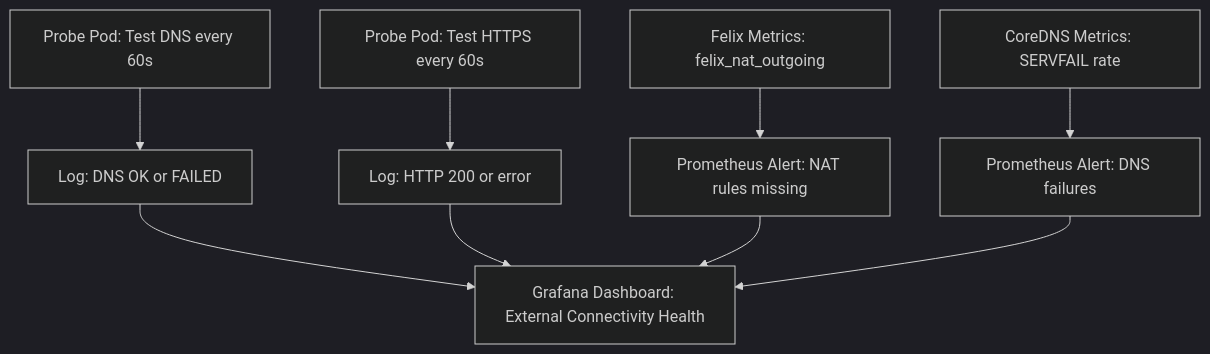
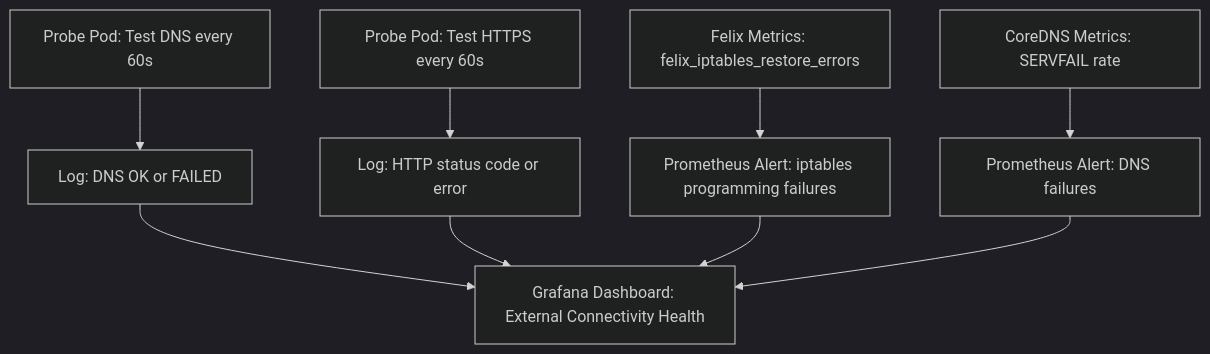
Before and after one commit to OneUptime/blog: the diagram in posts/2026-03-13-monitor-calico-pods-cannot-reach-external-services/README.md, drawn with Mermaid (dark theme). The commit also changed other lines of this file and 2 other files, not shown here.

````diff
--- a/posts/2026-03-13-monitor-calico-pods-cannot-reach-external-services/README.md
+++ b/posts/2026-03-13-monitor-calico-pods-cannot-reach-external-services/README.md
@@ -165,11 +170,11 @@
 ```mermaid
 graph TD
     A[Probe Pod: Test DNS every 60s] --> B[Log: DNS OK or FAILED]
-    C[Probe Pod: Test HTTPS every 60s] --> D[Log: HTTP 200 or error]
-    E[Felix Metrics: felix_nat_outgoing] --> F[Prometheus Alert: NAT rules missing]
+    C[Probe Pod: Test HTTPS every 60s] --> D[Log: HTTP status code or error]
+    E[Felix Metrics: felix_iptables_restore_errors] --> F[Prometheus Alert: iptables programming failures]
     G[CoreDNS Metrics: SERVFAIL rate] --> H[Prometheus Alert: DNS failures]
     B --> I[Grafana Dashboard: External Connectivity Health]
     D --> I
     F --> I
     H --> I
 ```
````
